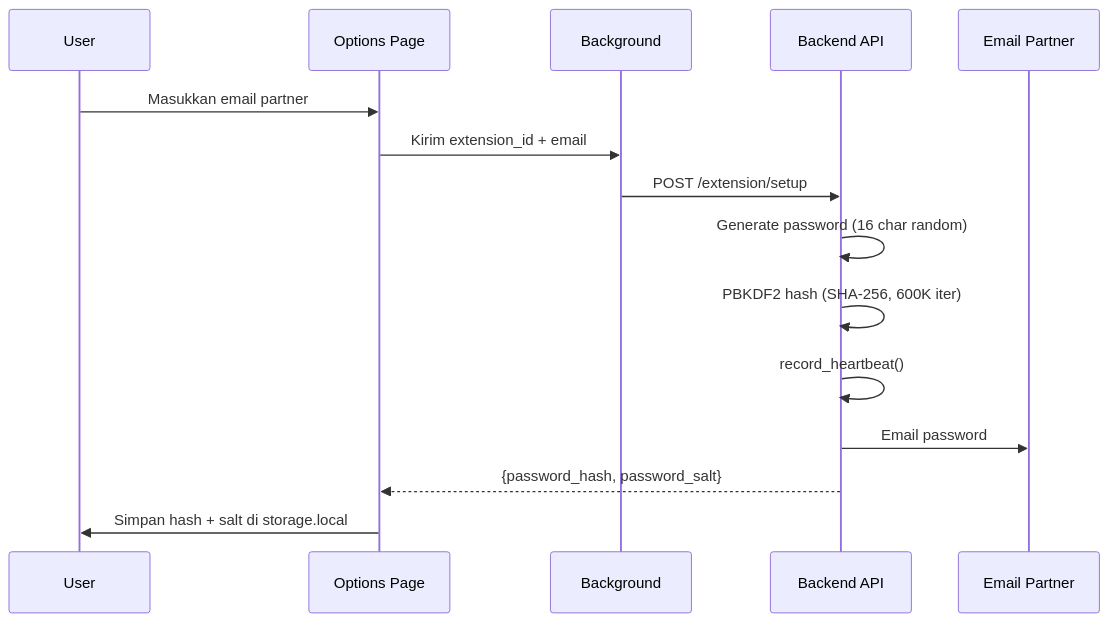
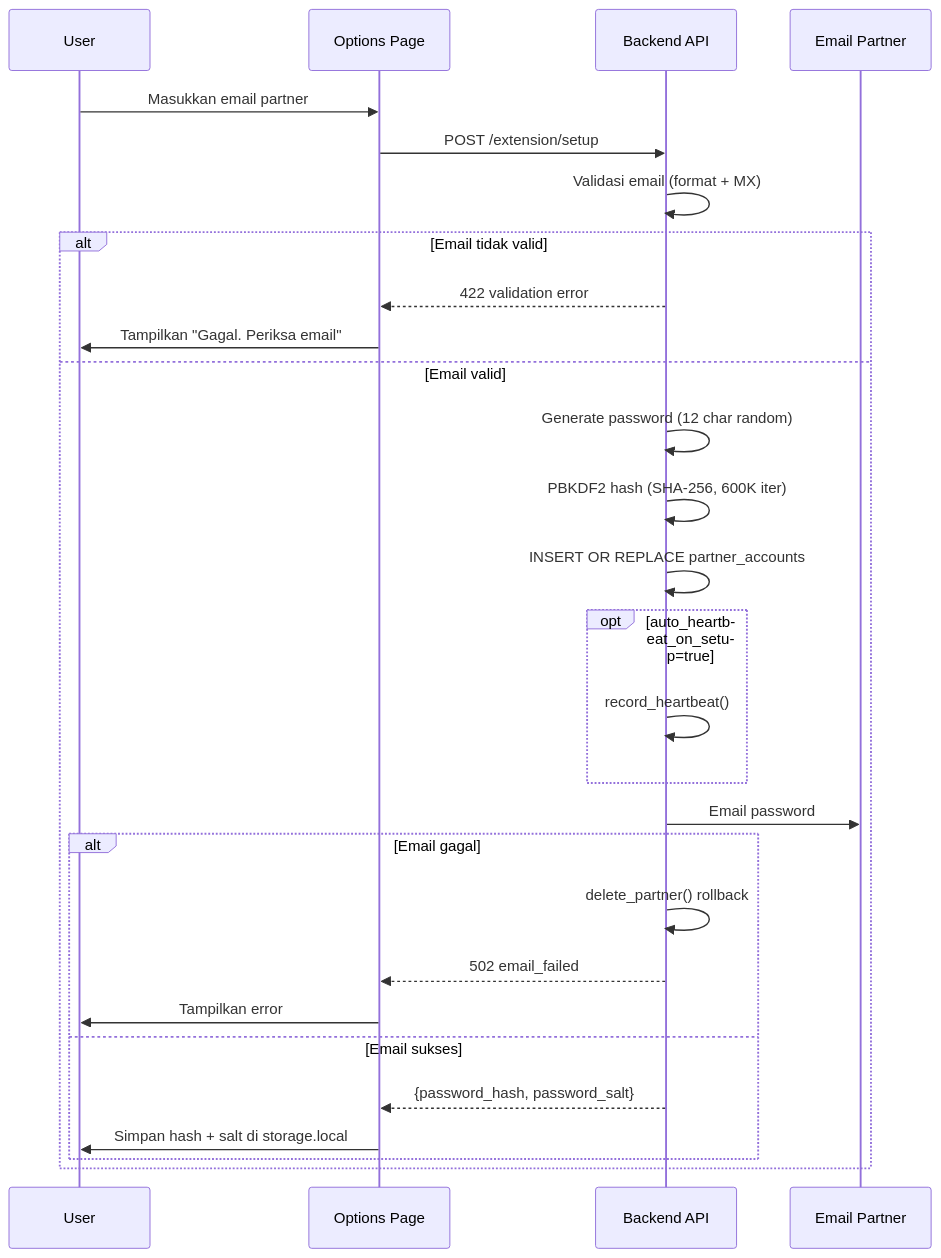
The second of 6 diagrams in docs/architecture.md (rizkyfauziilmi/gambling-blocker), drawn with Mermaid before and after one commit. The commit also changed other lines of this file and 25 other files, not shown here.

First line of the commit message:
fix: reset password sync (hash+salt), email fail rollback, email MX validation

````diff
--- a/docs/architecture.md
+++ b/docs/architecture.md
@@ -78,18 +78,31 @@
 ```mermaid
 sequenceDiagram
     participant User
     participant Options as Options Page
-    participant BG as Background
     participant API as Backend API
     participant Partner as Email Partner
 
     User->>Options: Masukkan email partner
-    Options->>BG: Kirim extension_id + email
-    BG->>API: POST /extension/setup
-    API->>API: Generate password (16 char random)
-    API->>API: PBKDF2 hash (SHA-256, 600K iter)
-    API->>API: record_heartbeat()
-    API->>Partner: Email password
-    API-->>Options: {password_hash, password_salt}
-    Options->>User: Simpan hash + salt di storage.local
+    Options->>API: POST /extension/setup
+    API->>API: Validasi email (format + MX)
+    alt Email tidak valid
+        API-->>Options: 422 validation error
+        Options->>User: Tampilkan "Gagal. Periksa email"
+    else Email valid
+        API->>API: Generate password (12 char random)
+        API->>API: PBKDF2 hash (SHA-256, 600K iter)
+        API->>API: INSERT OR REPLACE partner_accounts
+        opt auto_heartbeat_on_setup=true
+            API->>API: record_heartbeat()
+        end
+        API->>Partner: Email password
+        alt Email gagal
+            API->>API: delete_partner() rollback
+            API-->>Options: 502 email_failed
+            Options->>User: Tampilkan error
+        else Email sukses
+            API-->>Options: {password_hash, password_salt}
+            Options->>User: Simpan hash + salt di storage.local
+        end
+    end
 ```
````
